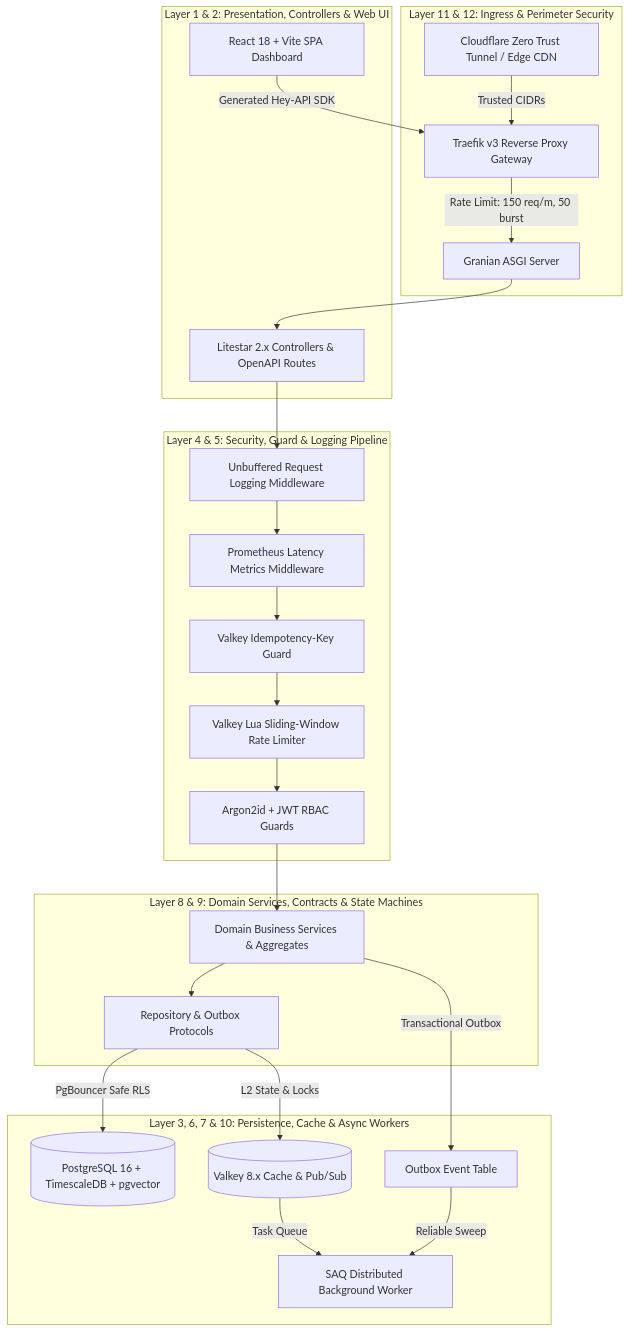
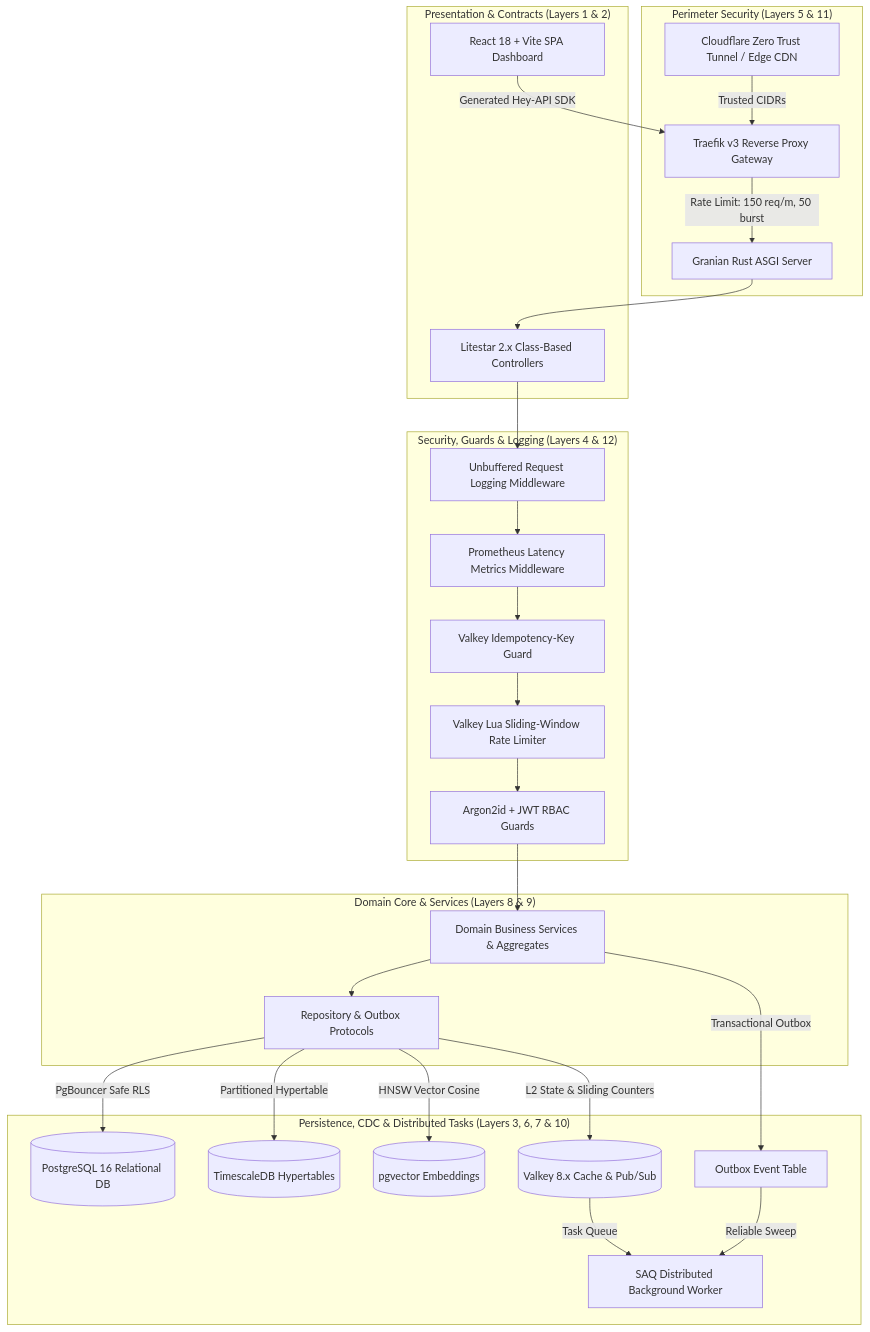
The diagram in DOMAIN_BLUEPRINT.md (le-patrice/granite-template), drawn with Mermaid before and after one commit. The commit also changed other lines of this file and 1 other file, not shown here.

Commit message:
docs(blueprint): append 12-layer stack specifications, rate limiting, and operational CLI matrix

````diff
--- a/DOMAIN_BLUEPRINT.md
+++ b/DOMAIN_BLUEPRINT.md
@@ -30,33 +935,35 @@
 ```mermaid
 flowchart TD
-    subgraph Edge_Security ["Layer 11 & 12: Ingress & Perimeter Security"]
+    subgraph Edge_Security ["Perimeter Security (Layers 5 & 11)"]
         CF[Cloudflare Zero Trust Tunnel / Edge CDN] -->|Trusted CIDRs| TR[Traefik v3 Reverse Proxy Gateway]
-        TR -->|Rate Limit: 150 req/m, 50 burst| APP_GATEWAY[Granian ASGI Server]
+        TR -->|Rate Limit: 150 req/m, 50 burst| GRANIAN[Granian Rust ASGI Server]
     end
 
-    subgraph Presentation_Layer ["Layer 1 & 2: Presentation, Controllers & Web UI"]
-        APP_GATEWAY --> CONTROLLERS[Litestar 2.x Controllers & OpenAPI Routes]
+    subgraph Presentation_Layer ["Presentation & Contracts (Layers 1 & 2)"]
+        GRANIAN --> CONTROLLERS[Litestar 2.x Class-Based Controllers]
         VITE_UI[React 18 + Vite SPA Dashboard] -->|Generated Hey-API SDK| TR
     end
 
-    subgraph Middleware_Pipeline ["Layer 4 & 5: Security, Guard & Logging Pipeline"]
+    subgraph Middleware_Pipeline ["Security, Guards & Logging (Layers 4 & 12)"]
         CONTROLLERS --> LOG_MW[Unbuffered Request Logging Middleware]
         LOG_MW --> PROM_MW[Prometheus Latency Metrics Middleware]
         PROM_MW --> IDEMP_MW[Valkey Idempotency-Key Guard]
         IDEMP_MW --> RL_MW[Valkey Lua Sliding-Window Rate Limiter]
         RL_MW --> AUTH_GUARD[Argon2id + JWT RBAC Guards]
     end
 
-    subgraph Domain_Core ["Layer 8 & 9: Domain Services, Contracts & State Machines"]
+    subgraph Domain_Core ["Domain Core & Services (Layers 8 & 9)"]
         AUTH_GUARD --> SERVICES[Domain Business Services & Aggregates]
         SERVICES --> PROTOCOLS[Repository & Outbox Protocols]
     end
 
-    subgraph Data_Storage ["Layer 3, 6, 7 & 10: Persistence, Cache & Async Workers"]
-        PROTOCOLS -->|PgBouncer Safe RLS| PG[(PostgreSQL 16 + TimescaleDB + pgvector)]
-        PROTOCOLS -->|L2 State & Locks| VALKEY[(Valkey 8.x Cache & Pub/Sub)]
+    subgraph Data_Storage ["Persistence, CDC & Distributed Tasks (Layers 3, 6, 7 & 10)"]
+        PROTOCOLS -->|PgBouncer Safe RLS| PG[(PostgreSQL 16 Relational DB)]
+        PROTOCOLS -->|Partitioned Hypertable| TS[(TimescaleDB Hypertables)]
+        PROTOCOLS -->|HNSW Vector Cosine| VEC[(pgvector Embeddings)]
+        PROTOCOLS -->|L2 State & Sliding Counters| VALKEY[(Valkey 8.x Cache & Pub/Sub)]
         SERVICES -->|Transactional Outbox| OUTBOX[Outbox Event Table]
         OUTBOX -->|Reliable Sweep| SAQ_WORKER[SAQ Distributed Background Worker]
         VALKEY -->|Task Queue| SAQ_WORKER
     end
 ```
````
